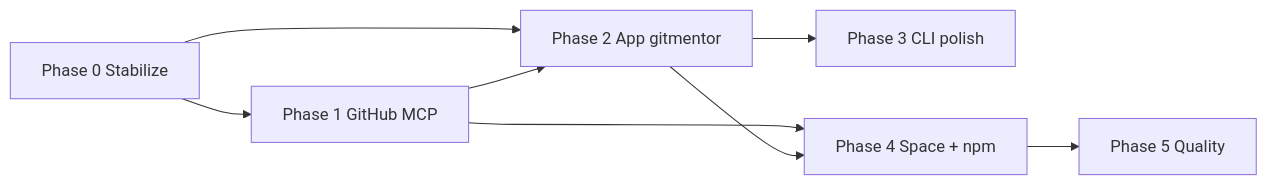
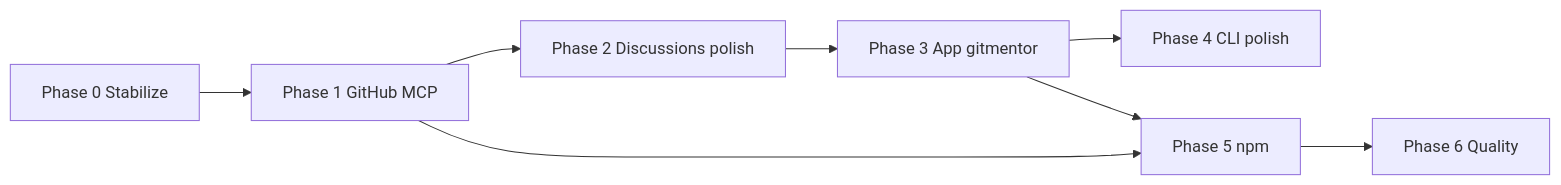
Before and after one commit to Tamsi/git-mentor: the diagram in PLAN.md, drawn with Mermaid. The commit also changed other lines of this file and 93 other files, not shown here.

````diff
--- a/PLAN.md
+++ b/PLAN.md
@@ -163,10 +226,10 @@
 ```mermaid
 flowchart LR
   P0[Phase 0 Stabilize] --> P1[Phase 1 GitHub MCP]
-  P0 --> P2[Phase 2 App gitmentor]
-  P1 --> P2
-  P2 --> P3[Phase 3 CLI polish]
-  P1 --> P4[Phase 4 Space + npm]
-  P2 --> P4
-  P4 --> P5[Phase 5 Quality]
+  P1 --> P2[Phase 2 Discussions polish]
+  P2 --> P3[Phase 3 App gitmentor]
+  P3 --> P4[Phase 4 CLI polish]
+  P1 --> P5[Phase 5 npm]
+  P3 --> P5
+  P5 --> P6[Phase 6 Quality]
 ```
````
